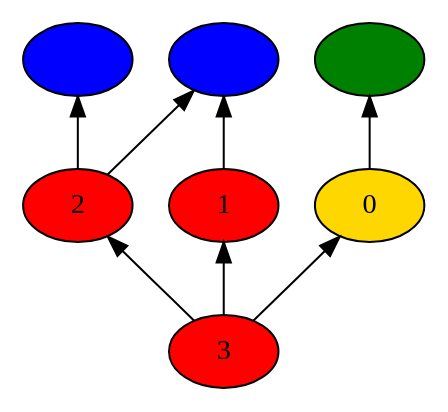
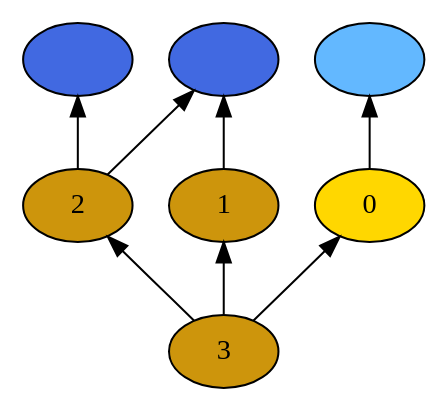
One commit to probcomp/Venturecxx changed the diagram in backend/cxx/pdf_graphs/tutorial_1/dot3.dot. Above: the diagram before and after it, drawn with Graphviz. The commit also changed 108 other files, not shown here.

```diff
--- a/backend/cxx/pdf_graphs/tutorial_1/dot3.dot
+++ b/backend/cxx/pdf_graphs/tutorial_1/dot3.dot
@@ -1,18 +1,18 @@
 digraph {
 rankdir=BT
 fontsize=24
-1["shape" ="ellipse" "style" ="filled" "fillcolor" ="red" "label" ="3" ]
-2["shape" ="ellipse" "style" ="filled" "fillcolor" ="red" "label" ="2" ]
-3["shape" ="ellipse" "style" ="filled" "fillcolor" ="red" "label" ="1" ]
+1["shape" ="ellipse" "style" ="filled" "fillcolor" ="darkgoldenrod3" "label" ="3" ]
+2["shape" ="ellipse" "style" ="filled" "fillcolor" ="darkgoldenrod3" "label" ="2" ]
+3["shape" ="ellipse" "style" ="filled" "fillcolor" ="darkgoldenrod3" "label" ="1" ]
 4["shape" ="ellipse" "style" ="filled" "fillcolor" ="gold" "label" ="0" ]
-5["shape" ="ellipse" "style" ="filled" "fillcolor" ="blue" "label" ="" ]
-6["shape" ="ellipse" "style" ="filled" "fillcolor" ="blue" "label" ="" ]
-7["shape" ="ellipse" "style" ="filled" "fillcolor" ="green" "label" ="" ]
+5["shape" ="ellipse" "style" ="filled" "fillcolor" ="royalblue" "label" ="" ]
+6["shape" ="ellipse" "style" ="filled" "fillcolor" ="royalblue" "label" ="" ]
+7["shape" ="ellipse" "style" ="filled" "fillcolor" ="steelblue1" "label" ="" ]
 1 -> 2["color" ="black" "style" ="solid" "arrowhead" ="normal" ]
 1 -> 3["color" ="black" "style" ="solid" "arrowhead" ="normal" ]
 1 -> 4["color" ="black" "style" ="solid" "arrowhead" ="normal" ]
 2 -> 5["color" ="black" "style" ="solid" "arrowhead" ="normal" ]
 2 -> 6["color" ="black" "style" ="solid" "arrowhead" ="normal" ]
 3 -> 6["color" ="black" "style" ="solid" "arrowhead" ="normal" ]
 4 -> 7["color" ="black" "style" ="solid" "arrowhead" ="normal" ]
 }
```
